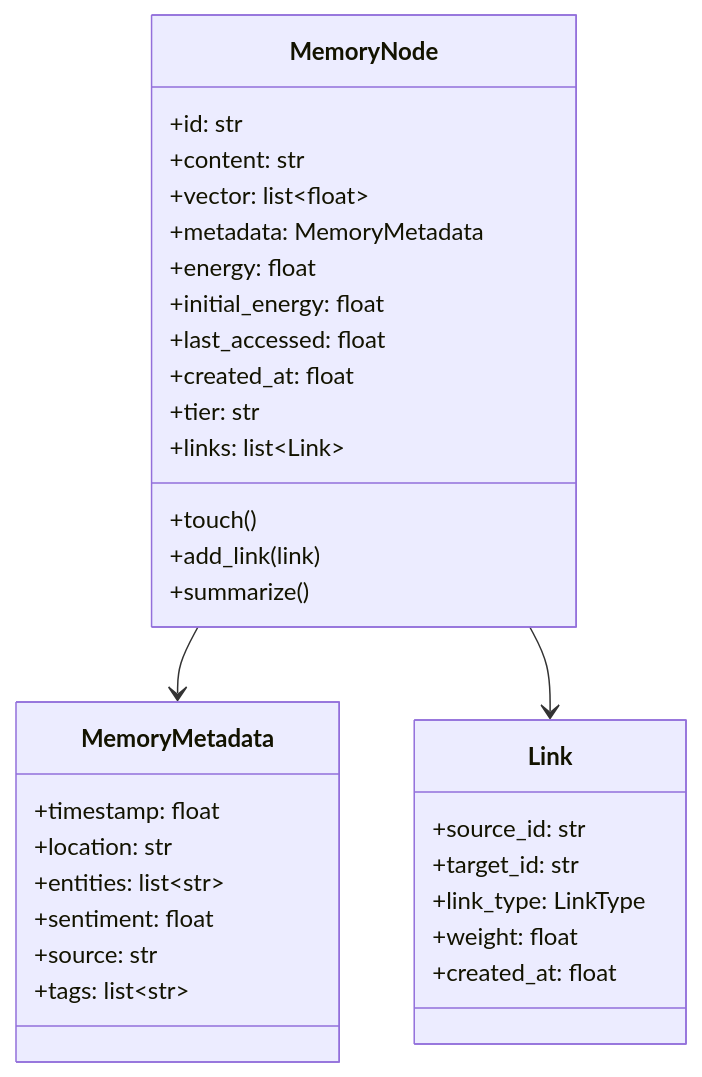
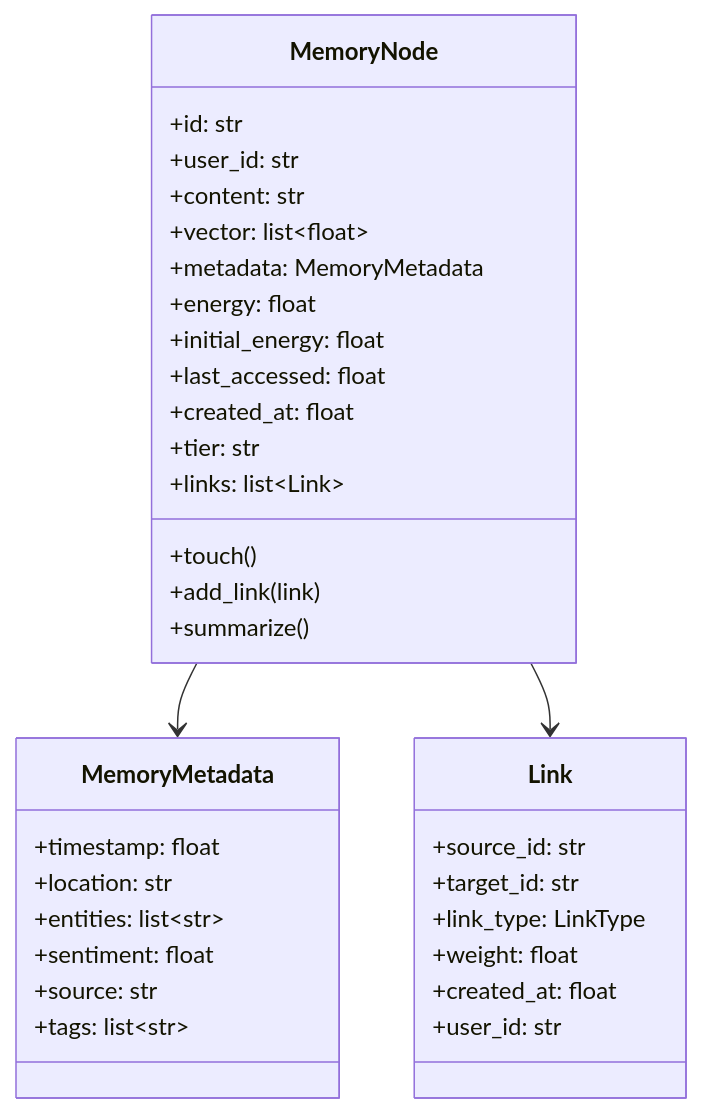
The fifth of 16 diagrams in docs/memory_system.md (Zeppelinpp/OmniEmployee), drawn with Mermaid before and after one commit. The commit also changed other lines of this file and 30 other files, not shown here.

````diff
--- a/docs/memory_system.md
+++ b/docs/memory_system.md
@@ -207,35 +259,37 @@
 ```mermaid
 classDiagram
 class MemoryNode {
   +id: str
+  +user_id: str
   +content: str
   +vector: list~float~
   +metadata: MemoryMetadata
   +energy: float
   +initial_energy: float
   +last_accessed: float
   +created_at: float
   +tier: str
   +links: list~Link~
   +touch()
   +add_link(link)
   +summarize()
 }
 class MemoryMetadata {
   +timestamp: float
   +location: str
   +entities: list~str~
   +sentiment: float
   +source: str
   +tags: list~str~
 }
 class Link {
   +source_id: str
   +target_id: str
   +link_type: LinkType
   +weight: float
   +created_at: float
+  +user_id: str
 }
 MemoryNode --> MemoryMetadata
 MemoryNode --> Link
 ```
````
